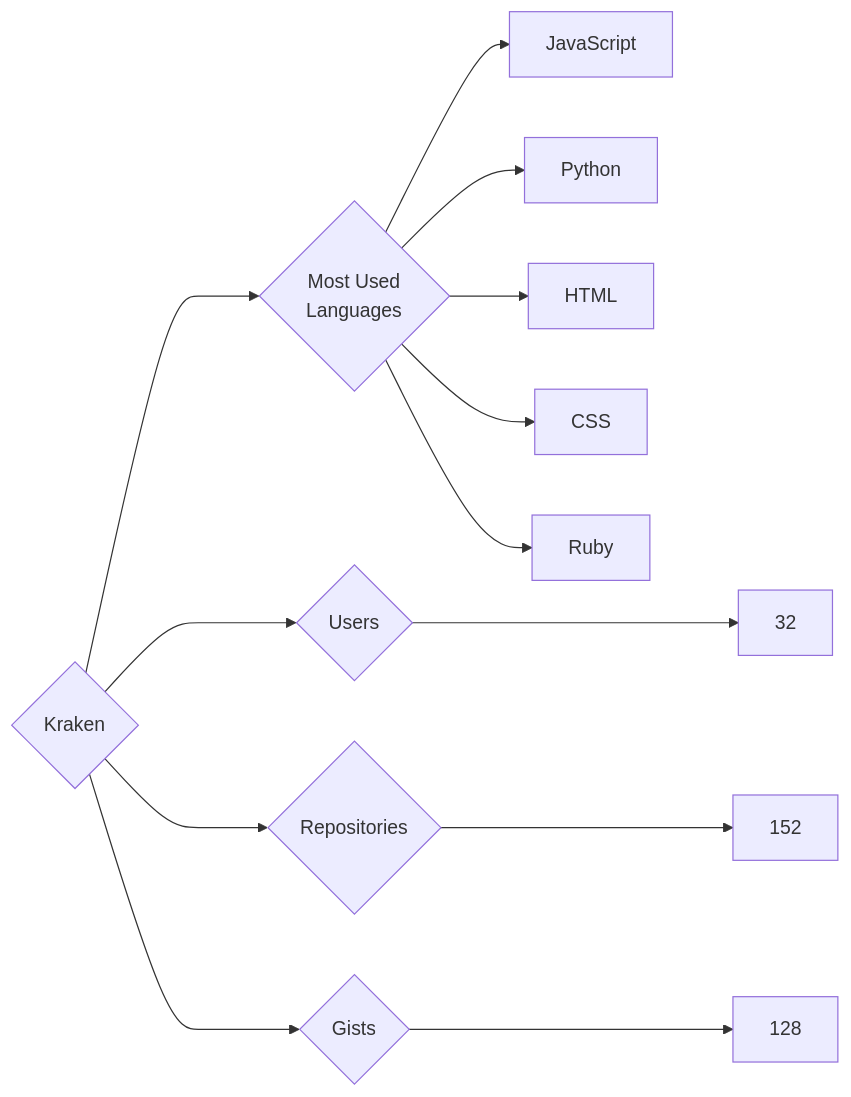
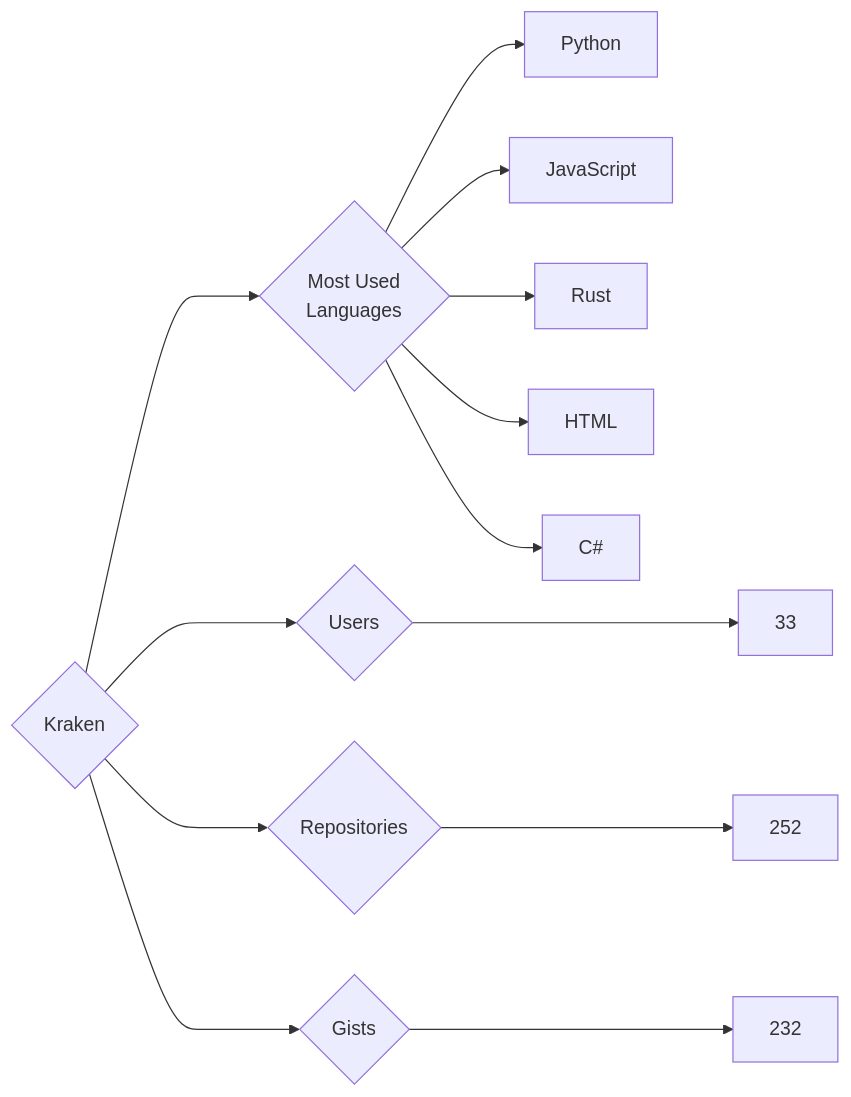
One commit to trickest/insiders changed the diagram in targets/Kraken/README.md. Above: the diagram before and after it, drawn with Mermaid. The commit also changed 826 other files, not shown here.

````diff
--- a/targets/Kraken/README.md
+++ b/targets/Kraken/README.md
@@ -3,13 +3,13 @@
 ```mermaid
 graph LR
 COMPANY_NAME{Kraken}
-COMPANY_NAME ---> U{Users} ---> UN[32]
-COMPANY_NAME ---> R{Repositories} ---> RN[152]
-COMPANY_NAME ---> G{Gists} ---> GN[128]
+COMPANY_NAME ---> U{Users} ---> UN[33]
+COMPANY_NAME ---> R{Repositories} ---> RN[252]
+COMPANY_NAME ---> G{Gists} ---> GN[232]
 COMPANY_NAME ---> ML{Most Used<br>Languages}
+ML --> Python[Python]
 ML --> JavaScript[JavaScript]
-ML --> Python[Python]
+ML --> Rust[Rust]
 ML --> HTML[HTML]
-ML --> CSS[CSS]
-ML --> Ruby[Ruby]
+ML --> C#[C#]
 ```
````
